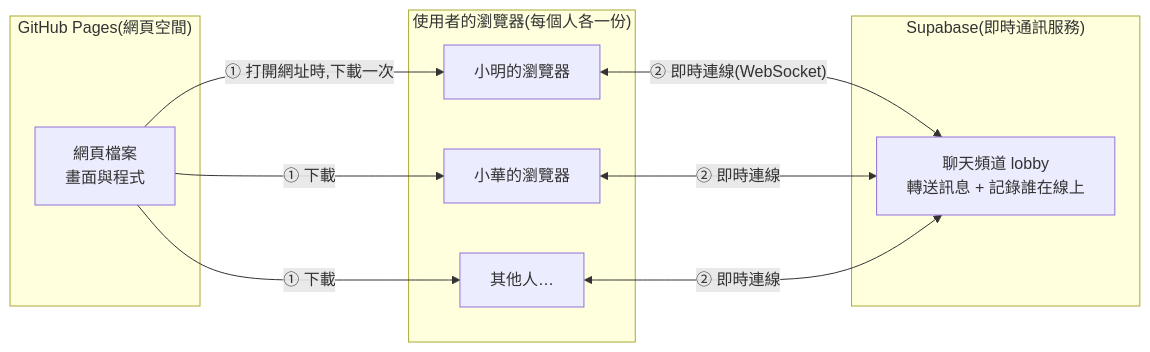
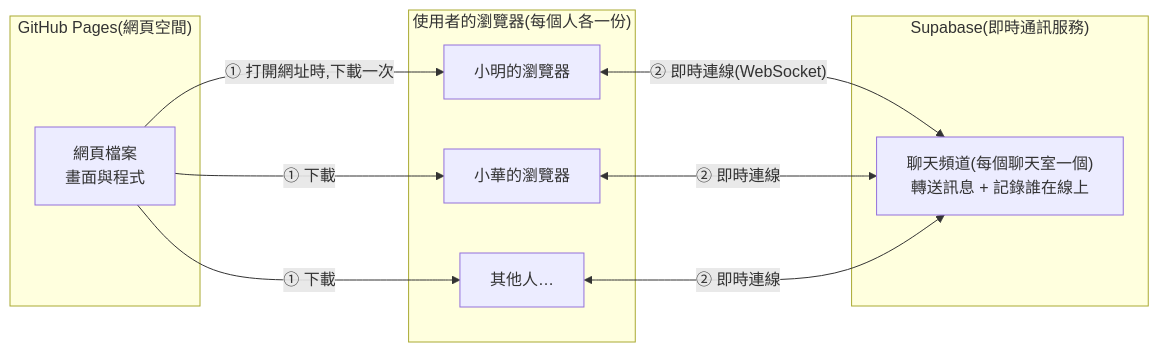
Before and after one commit to CRAZRAY1520/anonymous-chat: the diagram in docs/architecture.md, drawn with Mermaid. The commit also changed other lines of this file and 10 other files, not shown here.

````diff
--- a/docs/architecture.md
+++ b/docs/architecture.md
@@ -48,24 +48,24 @@
 ```mermaid
 flowchart LR
     subgraph GP["GitHub Pages(網頁空間)"]
         F["網頁檔案<br/>畫面與程式"]
     end
 
     subgraph U["使用者的瀏覽器(每個人各一份)"]
         A["小明的瀏覽器"]
         B["小華的瀏覽器"]
         C["其他人…"]
     end
 
     subgraph SB["Supabase(即時通訊服務)"]
-        R["聊天頻道 lobby<br/>轉送訊息 + 記錄誰在線上"]
+        R["聊天頻道(每個聊天室一個)<br/>轉送訊息 + 記錄誰在線上"]
     end
 
     F -- "① 打開網址時,下載一次" --> A
     F -- "① 下載" --> B
     F -- "① 下載" --> C
 
     A <-- "② 即時連線(WebSocket)" --> R
     B <-- "② 即時連線" --> R
     C <-- "② 即時連線" --> R
 ```
````
